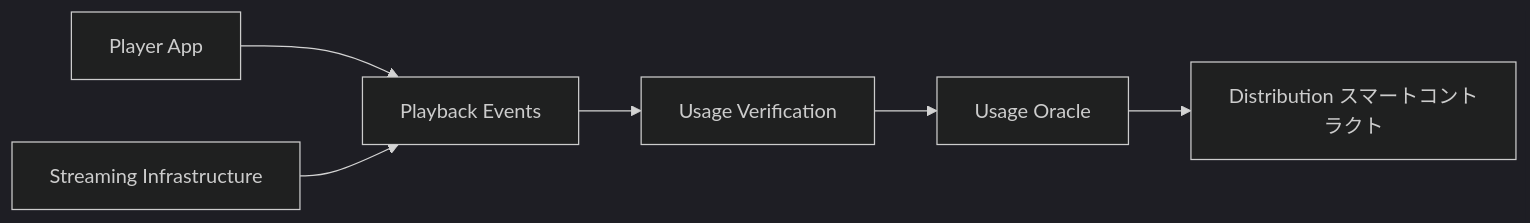
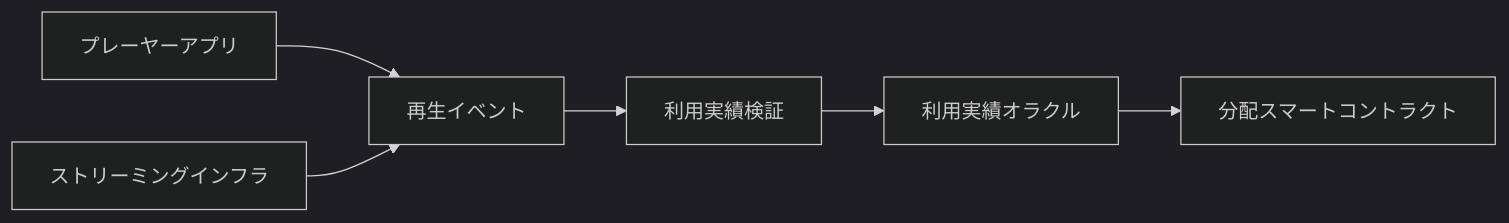
Before and after one commit to ShigeichiroYamasaki/creator-first-platform: diagram 13 of 17 in docs/whitepaper/03-rights-and-money.md, drawn with Mermaid (dark theme). The commit also changed other lines of this file and 72 other files, not shown here.

````diff
--- a/docs/whitepaper/03-rights-and-money.md
+++ b/docs/whitepaper/03-rights-and-money.md
@@ -320,8 +320,8 @@
 ```mermaid
 flowchart LR
-    APP[Player App] --> EVENT[Playback Events]
-    STREAM[Streaming Infrastructure] --> EVENT
-    EVENT --> VERIFY[Usage Verification]
-    VERIFY --> ORACLE[Usage Oracle]
-    ORACLE --> SC[Distribution スマートコントラクト]
+    APP[プレーヤーアプリ] --> EVENT[再生イベント]
+    STREAM[ストリーミングインフラ] --> EVENT
+    EVENT --> VERIFY[利用実績検証]
+    VERIFY --> ORACLE[利用実績オラクル]
+    ORACLE --> SC[分配スマートコントラクト]
 ```
````
